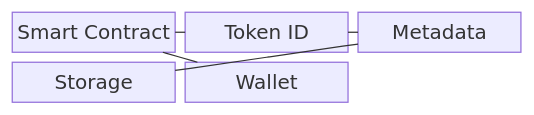
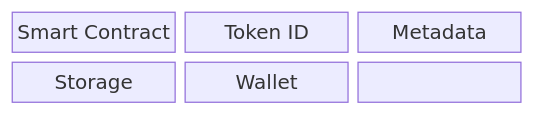
The first of 2 diagrams in src/content/docs/notes/08-latest-tech/223_nft_non_fungible_token.md (agnusdei1207/knowledge-base), drawn with Mermaid before and after one commit. The commit also changed other lines of this file and 228 other files, not shown here.

````diff
--- a/src/content/docs/notes/08-latest-tech/223_nft_non_fungible_token.md
+++ b/src/content/docs/notes/08-latest-tech/223_nft_non_fungible_token.md
@@ -51,13 +50,11 @@
 ```mermaid
 block-beta
   columns 3
-  A["Smart Contract"]
-  B["Token ID"]
-  C["Metadata"]
-  D["Storage"]
-  E["Wallet"]
-  A --- B
-  B --- C
-  C --- D
-  E --- A
+  N0["Smart Contract"]
+  N1["Token ID"]
+  N2["Metadata"]
+  N3["Storage"]
+  N4["Wallet"]
+  N0 --- N1 --- N2
+  N2 --- N3 --- N4
 ```
````
